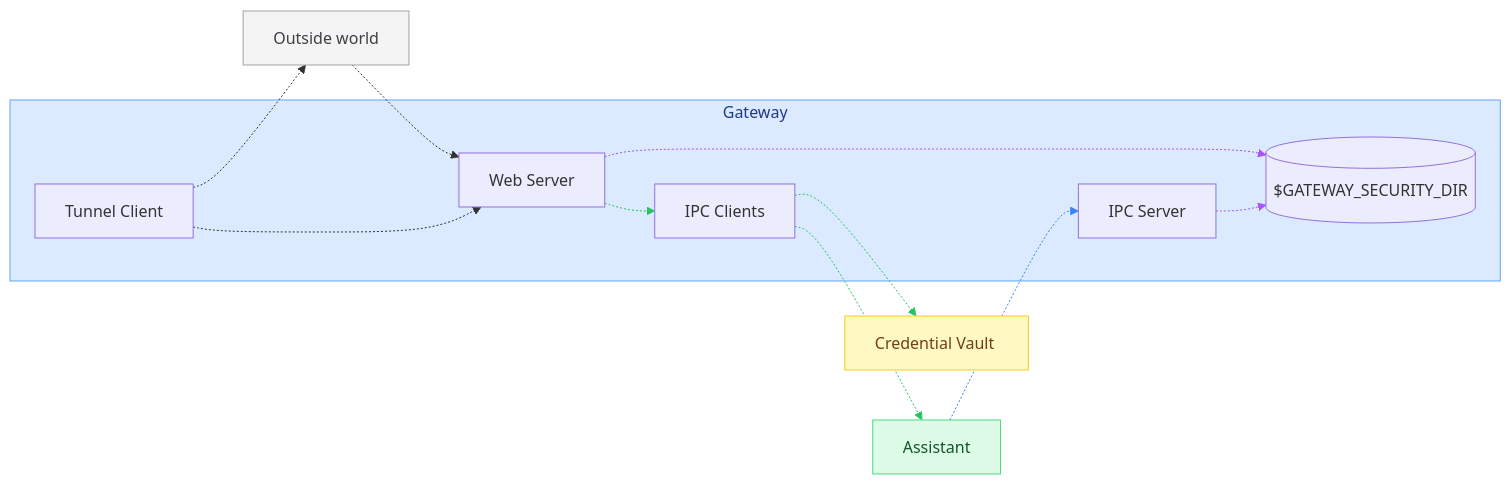
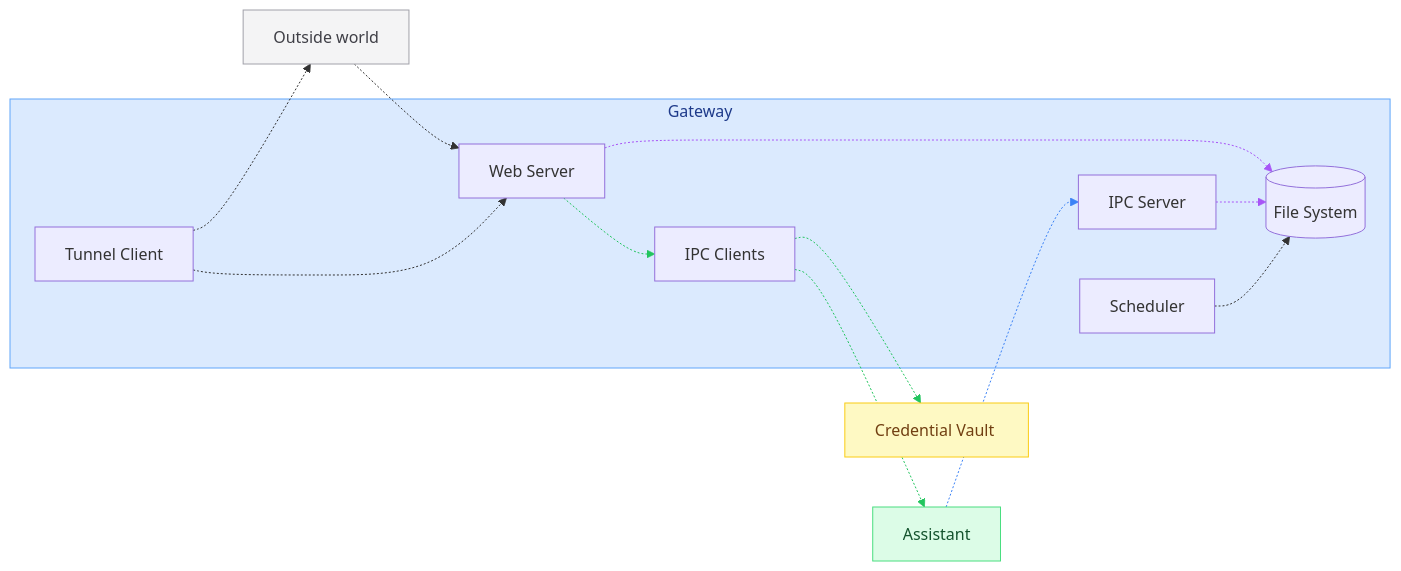
The third of 3 diagrams in clients/docs/src/content/architecture.md (vargasjr-dev/mycadet-temp), drawn with Mermaid before and after one commit. The commit also changed other lines of this file and 3 other files, not shown here.

Commit message:
Gateway Scheduler

````diff
--- a/clients/docs/src/content/architecture.md
+++ b/clients/docs/src/content/architecture.md
@@ -89,33 +95,35 @@
 ```mermaid
 flowchart LR
   classDef world fill:#f4f4f5,stroke:#a1a1aa,color:#3f3f46
   classDef assistant fill:#dcfce7,stroke:#4ade80,color:#14532d
   classDef vault fill:#fef9c3,stroke:#facc15,color:#713f12
   classDef store fill:#f5f5f4,stroke:#a8a29e,color:#44403c
 
   subgraph gatewayBox["Gateway"]
     style gatewayBox fill:#dbeafe,stroke:#60a5fa,color:#1e3a8a
     WebServer["Web Server"]
     IpcServer["IPC Server"]
     IpcClients["IPC Clients"]
     TunnelClient["Tunnel Client"]
-    SecurityDir[("$GATEWAY_SECURITY_DIR")]
+    SecurityDir[("File System")]
+    Scheduler["Scheduler"]
   end
 
   World["Outside world"]:::world
   Assistant["Assistant"]:::assistant
   CES["Credential Vault&nbsp;"]:::vault
 
   World -.-> WebServer
   WebServer -.-> IpcClients
   Assistant -.-> IpcServer
   IpcClients -.-> Assistant
   IpcClients -.-> CES
   TunnelClient -.-> World
   TunnelClient -.-> WebServer
   WebServer -.-> SecurityDir
   IpcServer -.-> SecurityDir
+  Scheduler -.-> SecurityDir
   linkStyle 1,3,4 stroke:#22c55e
   linkStyle 2 stroke:#3b82f6
   linkStyle 7,8 stroke:#a855f7
 ```
````
